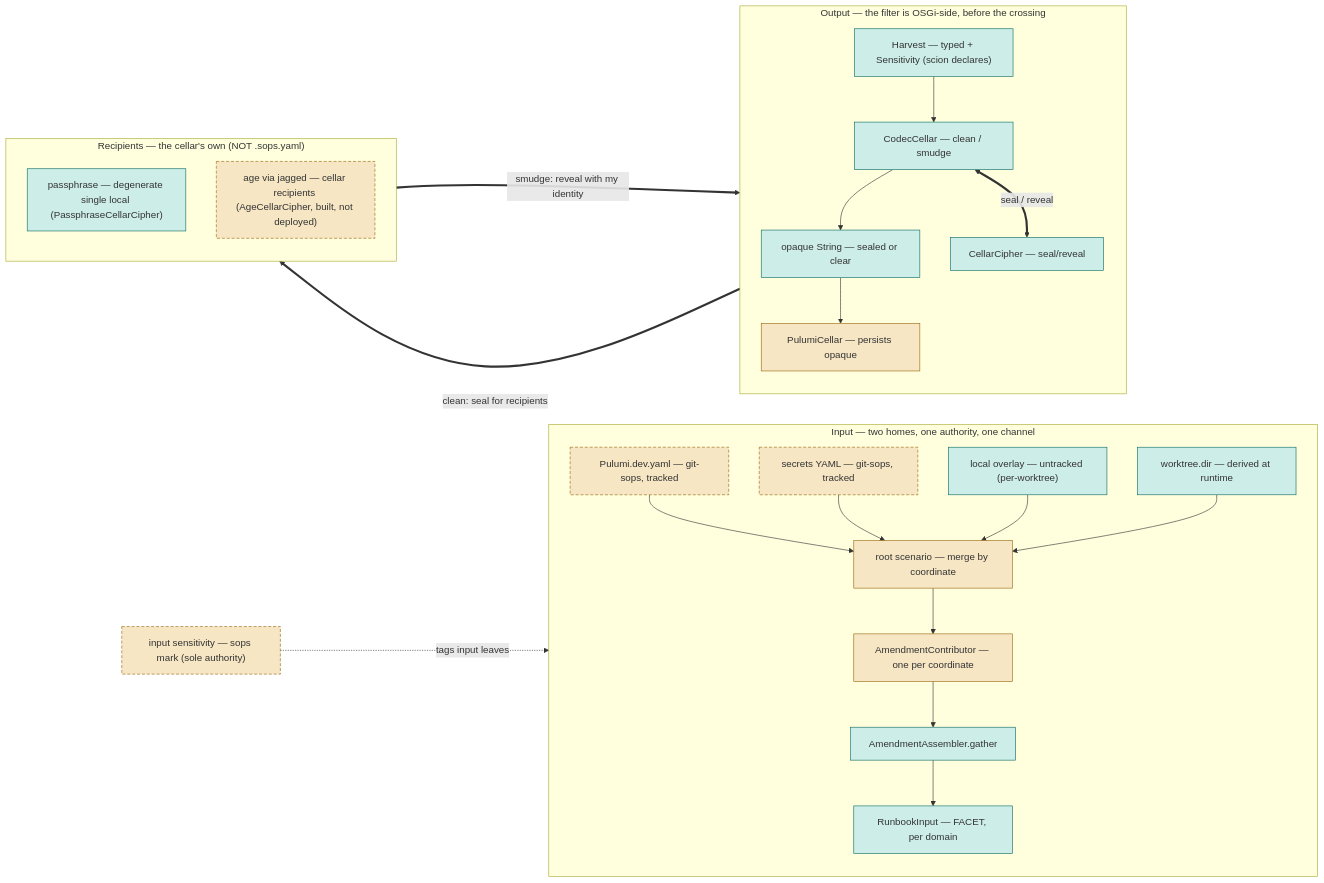
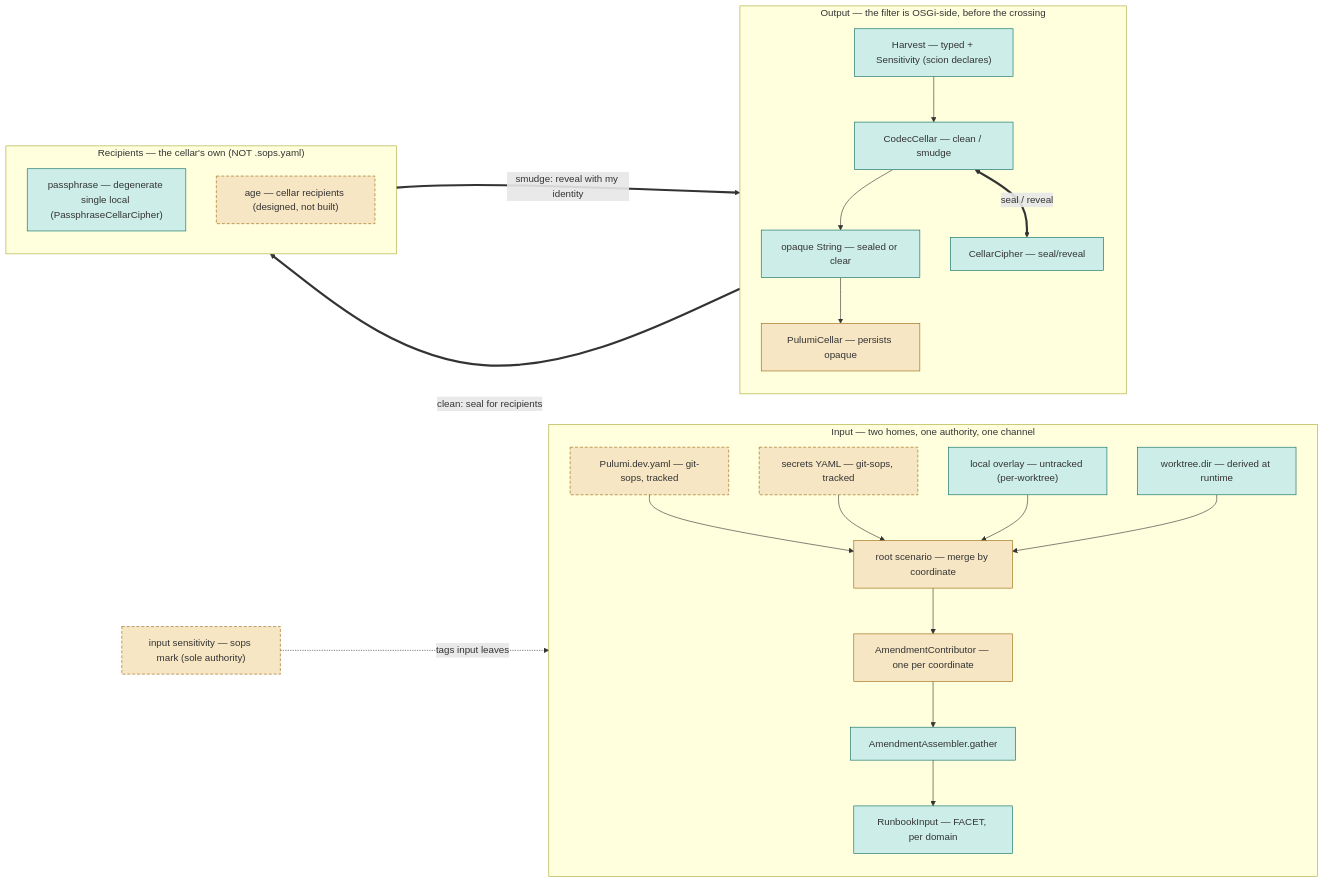
One commit to seedmatic/rke2lab changed the third of 5 diagrams in docs/architecture/atlas/cellar-secrets.adoc. Above: the diagram before and after it, drawn with Mermaid. The commit also changed other lines of this file and 62 other files, not shown here.

```diff
--- a/docs/architecture/atlas/cellar-secrets.adoc
+++ b/docs/architecture/atlas/cellar-secrets.adoc
@@ -155,46 +152,46 @@
 [mermaid]
 ....
 flowchart LR
   subgraph IN["Input — two homes, one authority, one channel"]
     direction TB
     cfgf["Pulumi.dev.yaml — git-sops, tracked"]:::secret
     sec["secrets YAML — git-sops, tracked"]:::secret
     ovl["local overlay — untracked (per-worktree)"]:::plain
     wt["worktree.dir — derived at runtime"]:::plain
     root["root scenario — merge by coordinate"]:::host
     ctr["AmendmentContributor — one per coordinate"]:::host
     asmc["AmendmentAssembler.gather"]:::osgi
     rin["RunbookInput — FACET, per domain"]:::osgi
     cfgf --> root
     sec --> root
     ovl --> root
     wt --> root
     root --> ctr --> asmc --> rin
   end
   attr["input sensitivity — sops mark (sole authority)"]:::secret
   subgraph OUT["Output — the filter is OSGi-side, before the crossing"]
     direction TB
     harv["Harvest — typed + Sensitivity (scion declares)"]:::osgi
     ccx["CodecCellar — clean / smudge"]:::osgi
     cipher["CellarCipher — seal/reveal"]:::osgi
     ocx["opaque String — sealed or clear"]:::osgi
     pcx["PulumiCellar — persists opaque"]:::host
     harv --> ccx
     ccx --> ocx --> pcx
   end
   subgraph REC["Recipients — the cellar's own (NOT .sops.yaml)"]
     direction TB
     pass["passphrase — degenerate single local (PassphraseCellarCipher)"]:::plain
-    age["age via jagged — cellar recipients (AgeCellarCipher, built, not deployed)"]:::secret
+    age["age — cellar recipients (designed, not built)"]:::secret
   end
 
   attr -.->|"tags input leaves"| sec
   ccx <==>|"seal / reveal"| cipher
   cipher ==>|"clean: seal for recipients"| REC
   REC ==>|"smudge: reveal with my identity"| cipher
 
   classDef host fill:#f6e6c4,stroke:#9a6710;
   classDef osgi fill:#cdeee8,stroke:#0b6b62;
   classDef plain fill:#cdeee8,stroke:#0b6b62;
   classDef secret fill:#f6e6c4,stroke:#9a6710,stroke-dasharray:5 3;
 ....
```
